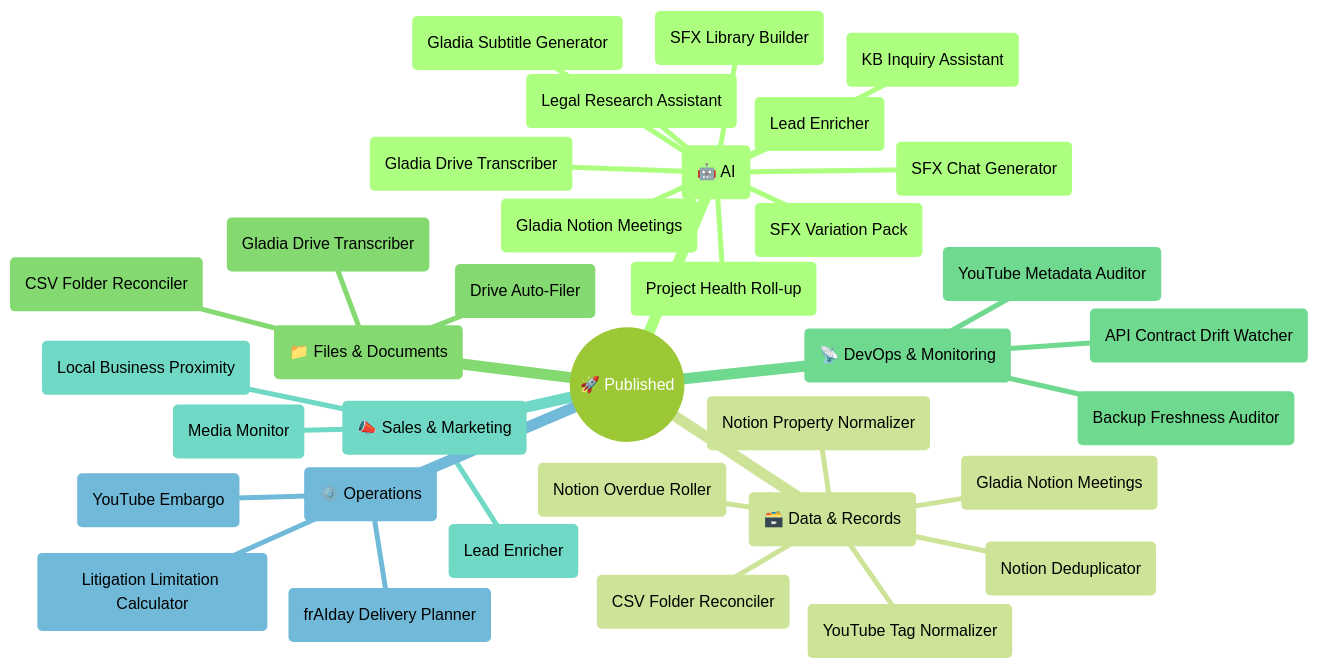
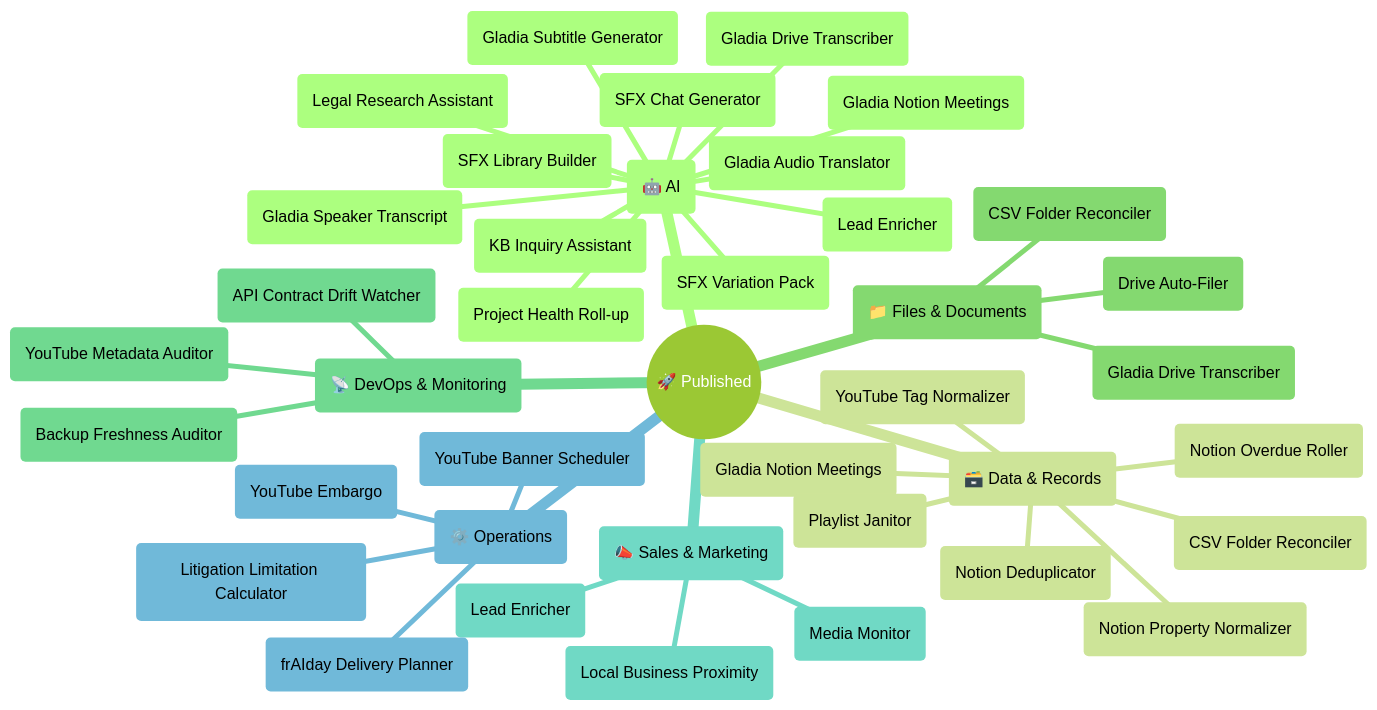
One commit to exekyute/n8n-exekyute-templates changed the diagram in README.md. Above: the diagram before and after it, drawn with Mermaid (forest theme). The commit also changed other lines of this file and 20 other files, not shown here.

````diff
--- a/README.md
+++ b/README.md
@@ -9,38 +9,42 @@
 ```mermaid
 mindmap
   root((🚀 Published))
     (🤖 AI)
       (KB Inquiry Assistant)
       (Legal Research Assistant)
       (SFX Chat Generator)
       (SFX Variation Pack)
       (SFX Library Builder)
       (Gladia Drive Transcriber)
       (Gladia Notion Meetings)
       (Lead Enricher)
       (Gladia Subtitle Generator)
       (Project Health Roll-up)
+      (Gladia Speaker Transcript)
+      (Gladia Audio Translator)
     (🗃️ Data & Records)
       (Notion Deduplicator)
       (Notion Overdue Roller)
       (Notion Property Normalizer)
       (Gladia Notion Meetings)
       (CSV Folder Reconciler)
       (YouTube Tag Normalizer)
+      (Playlist Janitor)
     (📁 Files & Documents)
       (CSV Folder Reconciler)
       (Drive Auto-Filer)
       (Gladia Drive Transcriber)
     (📡 DevOps & Monitoring)
       (API Contract Drift Watcher)
       (Backup Freshness Auditor)
       (YouTube Metadata Auditor)
     (📣 Sales & Marketing)
       (Lead Enricher)
       (Media Monitor)
       (Local Business Proximity)
     (⚙️ Operations)
       (frAIday Delivery Planner)
       (Litigation Limitation Calculator)
       (YouTube Embargo)
+      (YouTube Banner Scheduler)
 ```
````
